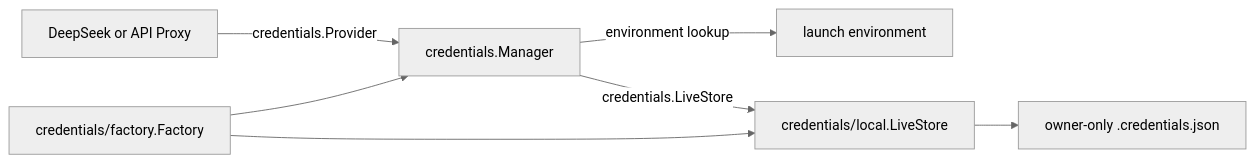
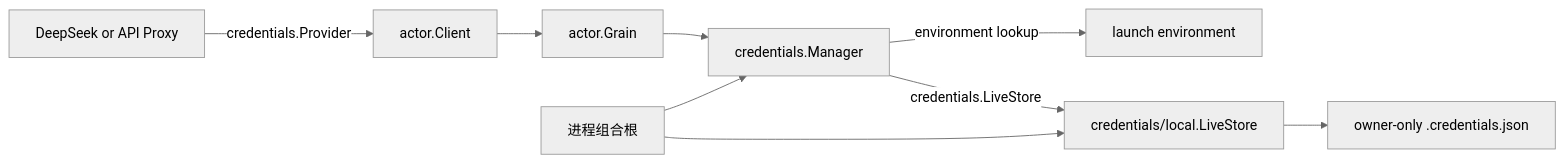
Before and after one commit to gorenx/goren: the diagram in credentials/README.zh-CN.md, drawn with Mermaid (neutral theme). The commit also changed other lines of this file and 28 other files, not shown here.

````diff
--- a/credentials/README.zh-CN.md
+++ b/credentials/README.zh-CN.md
@@ -17,9 +19,11 @@
 ```mermaid
 flowchart LR
-    Consumer[DeepSeek or API Proxy] -->|credentials.Provider| Manager[credentials.Manager]
+    Consumer[DeepSeek or API Proxy] -->|credentials.Provider| Client[actor.Client]
+    Client --> Grain[actor.Grain]
+    Grain --> Manager[credentials.Manager]
     Manager -->|environment lookup| Env[launch environment]
     Manager -->|credentials.LiveStore| LiveStore[credentials/local.LiveStore]
     LiveStore --> File[owner-only .credentials.json]
-    Factory[credentials/factory.Factory] --> Manager
-    Factory --> LiveStore
+    Composition[进程组合根] --> Manager
+    Composition --> LiveStore
 ```
````
